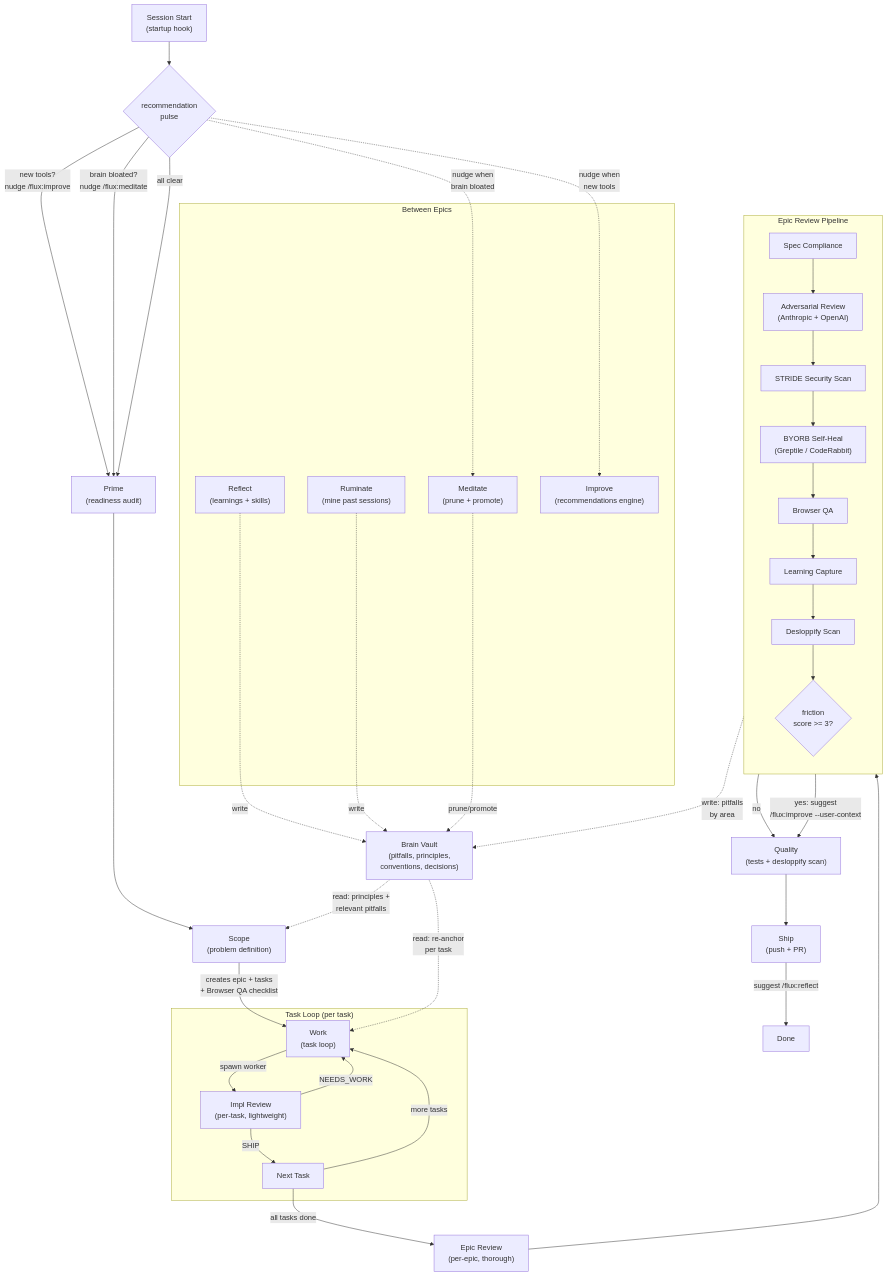
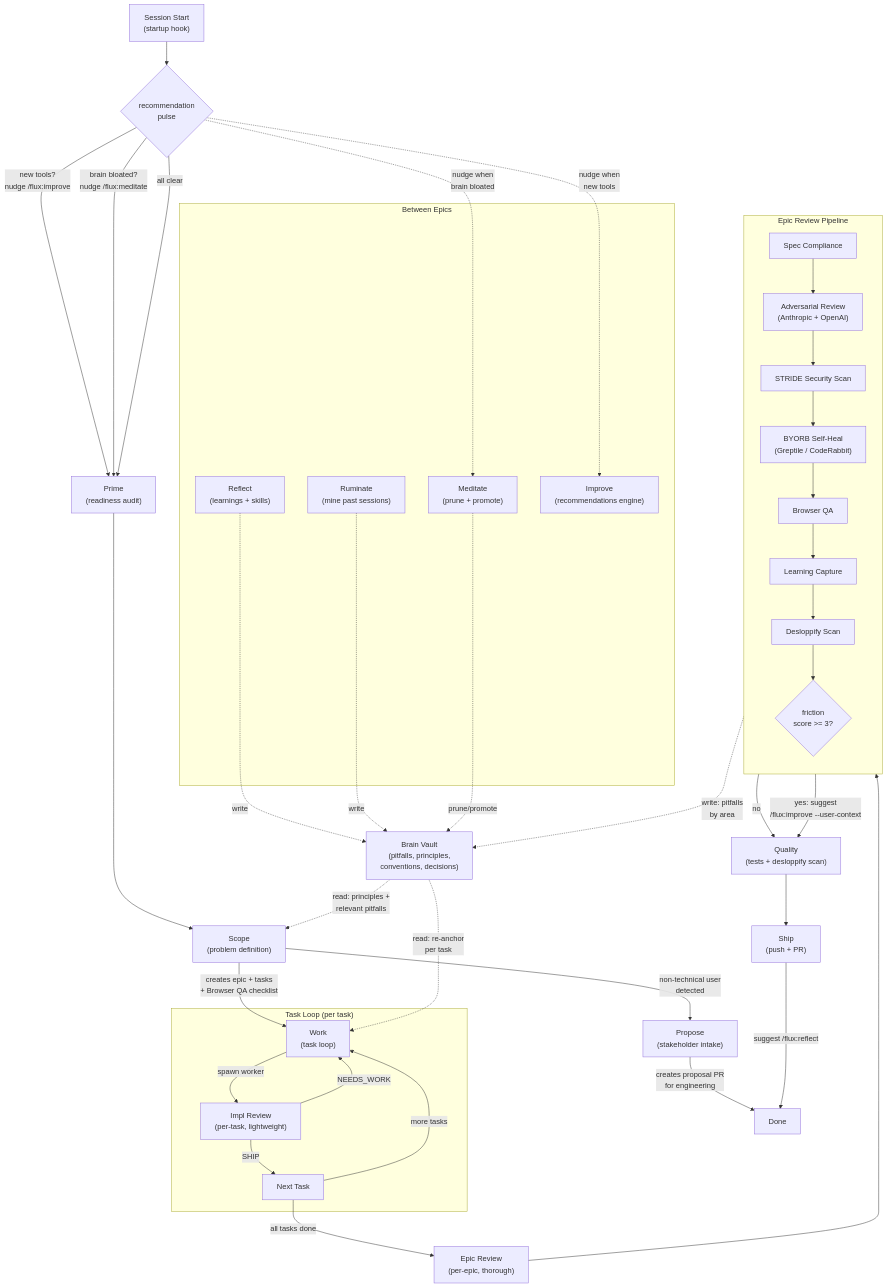
The diagram in README.md (Nairon-AI/flux), drawn with Mermaid before and after one commit. The commit also changed other lines of this file and 4 other files, not shown here.

First line of the commit message:
feat: add /flux:propose for stakeholder feature proposals

````diff
--- a/README.md
+++ b/README.md
@@ -194,73 +194,76 @@
 ```mermaid
 flowchart TD
     SessionStart["Session Start<br/>(startup hook)"]
     Pulse{"recommendation<br/>pulse"}
     Prime["Prime<br/>(readiness audit)"]
+    Propose["Propose<br/>(stakeholder intake)"]
     Scope["Scope<br/>(problem definition)"]
     Work["Work<br/>(task loop)"]
     ImplReview["Impl Review<br/>(per-task, lightweight)"]
     EpicReview["Epic Review<br/>(per-epic, thorough)"]
     Quality["Quality<br/>(tests + desloppify scan)"]
     Ship["Ship<br/>(push + PR)"]
 
     SessionStart --> Pulse
     Pulse -->|"new tools?<br/>nudge /flux:improve"| Prime
     Pulse -->|"brain bloated?<br/>nudge /flux:meditate"| Prime
     Pulse -->|"all clear"| Prime
     Prime --> Scope
+    Scope -->|"non-technical user<br/>detected"| Propose
+    Propose -->|"creates proposal PR<br/>for engineering"| Done
     Scope -->|"creates epic + tasks<br/>+ Browser QA checklist"| Work
 
     subgraph task_loop ["Task Loop (per task)"]
         Work -->|"spawn worker"| ImplReview
         ImplReview -->|"NEEDS_WORK"| Work
         ImplReview -->|"SHIP"| NextTask["Next Task"]
         NextTask -->|"more tasks"| Work
     end
 
     NextTask -->|"all tasks done"| EpicReview
 
     subgraph review_pipeline ["Epic Review Pipeline"]
         direction TB
         SpecCompliance["Spec Compliance"]
         Adversarial["Adversarial Review<br/>(Anthropic + OpenAI)"]
         SecurityScan["STRIDE Security Scan"]
         BotSelfHeal["BYORB Self-Heal<br/>(Greptile / CodeRabbit)"]
         BrowserQA["Browser QA"]
         LearningCapture["Learning Capture"]
         DesloppifyScan["Desloppify Scan"]
         FrustrationSignal{"friction<br/>score >= 3?"}
 
         SpecCompliance --> Adversarial
         Adversarial --> SecurityScan
         SecurityScan --> BotSelfHeal
         BotSelfHeal --> BrowserQA
         BrowserQA --> LearningCapture
         LearningCapture --> DesloppifyScan
         DesloppifyScan --> FrustrationSignal
     end
 
     EpicReview --> SpecCompliance
     FrustrationSignal -->|"no"| Quality
     FrustrationSignal -->|"yes: suggest<br/>/flux:improve --user-context"| Quality
     Quality --> Ship
     Ship -->|"suggest /flux:reflect"| Done["Done"]
 
     Brain["Brain Vault<br/>(pitfalls, principles,<br/>conventions, decisions)"]
 
     Brain -.->|"read: principles +<br/>relevant pitfalls"| Scope
     Brain -.->|"read: re-anchor<br/>per task"| Work
     LearningCapture -.->|"write: pitfalls<br/>by area"| Brain
 
     subgraph maintenance ["Between Epics"]
         Reflect["Reflect<br/>(learnings + skills)"]
         Ruminate["Ruminate<br/>(mine past sessions)"]
         Meditate["Meditate<br/>(prune + promote)"]
         Improve["Improve<br/>(recommendations engine)"]
     end
 
     Reflect -.->|"write"| Brain
     Ruminate -.->|"write"| Brain
     Meditate -.->|"prune/promote"| Brain
     Pulse -.->|"nudge when<br/>brain bloated"| Meditate
     Pulse -.->|"nudge when<br/>new tools"| Improve
 ```
````
